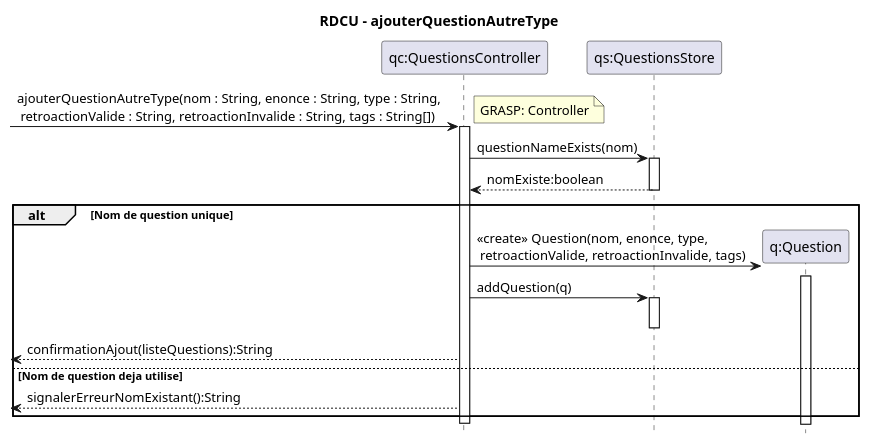
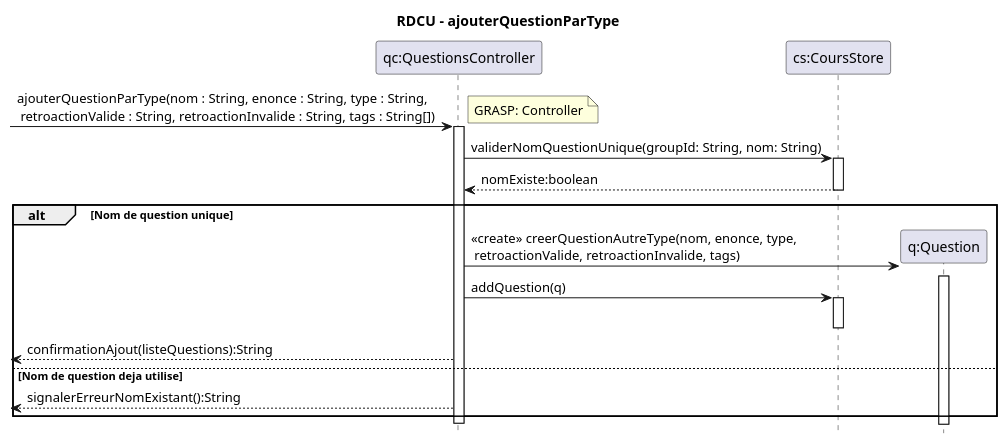
One commit to xMrYahya/moodle-clone changed the diagram in docs/modeles/cu02/rdcu-ajouter-question-autre-type.puml. Above: the diagram before and after it, drawn with PlantUML. The commit also changed 7 other files, not shown here.

Commit message:
Changement de QuestionStore a CoursStore et commencer a changer noms pour mieux fit le code (incomplet)

```diff
--- a/docs/modeles/cu02/rdcu-ajouter-question-autre-type.puml
+++ b/docs/modeles/cu02/rdcu-ajouter-question-autre-type.puml
@@ -1,35 +1,35 @@
 @startuml
 hide footbox
-title RDCU - ajouterQuestionAutreType
+title RDCU - ajouterQuestionParType
 
 participant "qc:QuestionsController" as QC
-participant "qs:QuestionsStore" as QS
+participant "cs:CoursStore" as CS
 participant "q:Question" as Q
 
--> QC : ajouterQuestionAutreType(nom : String, enonce : String, type : String,\n retroactionValide : String, retroactionInvalide : String, tags : String[])
+-> QC : ajouterQuestionParType(nom : String, enonce : String, type : String,\n retroactionValide : String, retroactionInvalide : String, tags : String[])
 note right: GRASP: Controller
 activate QC
 
-QC -> QS : questionNameExists(nom)
-activate QS
-QS --> QC : nomExiste:boolean
-deactivate QS
+QC -> CS : validerNomQuestionUnique(groupId: String, nom: String)
+activate CS
+CS --> QC : nomExiste:boolean
+deactivate CS
 
 alt Nom de question unique
   create Q
-  QC -> Q : <<create>> Question(nom, enonce, type,\n retroactionValide, retroactionInvalide, tags)
+  QC -> Q : <<create>> creerQuestionAutreType(nom, enonce, type,\n retroactionValide, retroactionInvalide, tags)
   activate Q
   deactivate Q
 
-  QC -> QS : addQuestion(q)
-  activate QS
-  deactivate QS
+  QC -> CS : addQuestion(q)
+  activate CS
+  deactivate CS
 
   <-- QC : confirmationAjout(listeQuestions):String
 else Nom de question deja utilise
   <-- QC : signalerErreurNomExistant():String
 end
 
 deactivate QC
 
 @enduml
```
